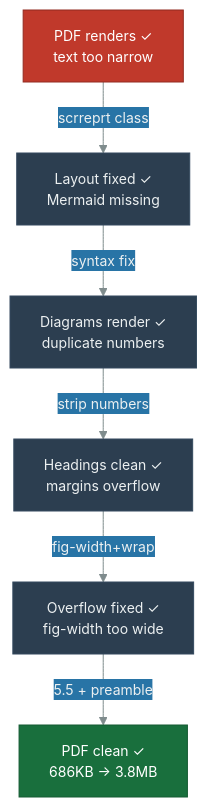
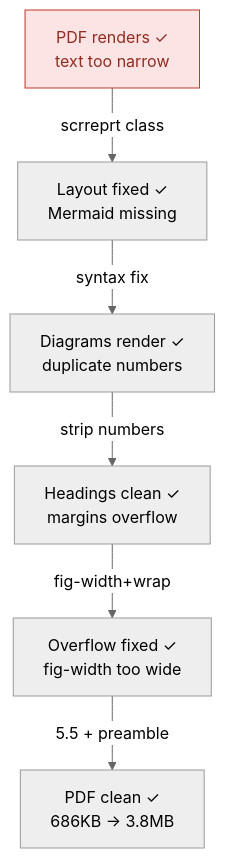
One commit to danielmeppiel/agentic-sdlc-handbook changed the second of 3 diagrams in case-study-publishing-pipeline.qmd. Above: the diagram before and after it, drawn with Mermaid. The commit also changed other lines of this file and 15 other files, not shown here.

First line of the commit message:
fix: strip custom colors, use Mermaid neutral theme for clean diagrams

````diff
--- a/case-study-publishing-pipeline.qmd
+++ b/case-study-publishing-pipeline.qmd
@@ -67,16 +67,15 @@
 ```{mermaid}
 %%| fig-width: 4.5
 %%| fig-cap: "The 'Almost Done' trap: cascading PDF rendering fixes"
 %%| fig-alt: "Flowchart showing a cascade of five PDF rendering fixes. Step 1: PDF renders but text is too narrow, fixed by switching to scrreprt class. Step 2: Layout is fixed but Mermaid diagrams are missing, fixed by syntax correction. Step 3: Diagrams render but duplicate heading numbers appear, fixed by stripping manual numbers. Step 4: Headings are clean but margins overflow, fixed by adjusting fig-width and adding code wrap. Step 5: Overflow is fixed but fig-width is still too wide, fixed by reducing to 5.5 inches and adding preamble. Final result: PDF is clean, growing from 686KB to 3.8MB with rendered diagrams."
 %%| label: fig-cs-almost-done
-%%{init: {'theme': 'base', 'themeVariables': {'primaryColor': '#2c3e50', 'primaryTextColor': '#ecf0f1', 'primaryBorderColor': '#34495e', 'lineColor': '#7f8c8d', 'secondaryColor': '#2874a6', 'tertiaryColor': '#ecf0f1', 'fontSize': '14px'}}}%%
+%%{init: {'theme': 'neutral'}}%%
 flowchart TD
     A["PDF renders ✓<br/>text too narrow"] -->|scrreprt class| B["Layout fixed ✓<br/>Mermaid missing"]
     B -->|syntax fix| C["Diagrams render ✓<br/>duplicate numbers"]
     C -->|strip numbers| D["Headings clean ✓<br/>margins overflow"]
     D -->|fig-width+wrap| E["Overflow fixed ✓<br/>fig-width too wide"]
     E -->|5.5 + preamble| F["PDF clean ✓<br/>686KB → 3.8MB"]
 
-    style A fill:#c0392b,stroke:#922b21,color:#fff
-    style F fill:#196f3d,stroke:#145a32,color:#fff
+    style A fill:#fce4e4,stroke:#c0392b,color:#922b21
 ```
````
